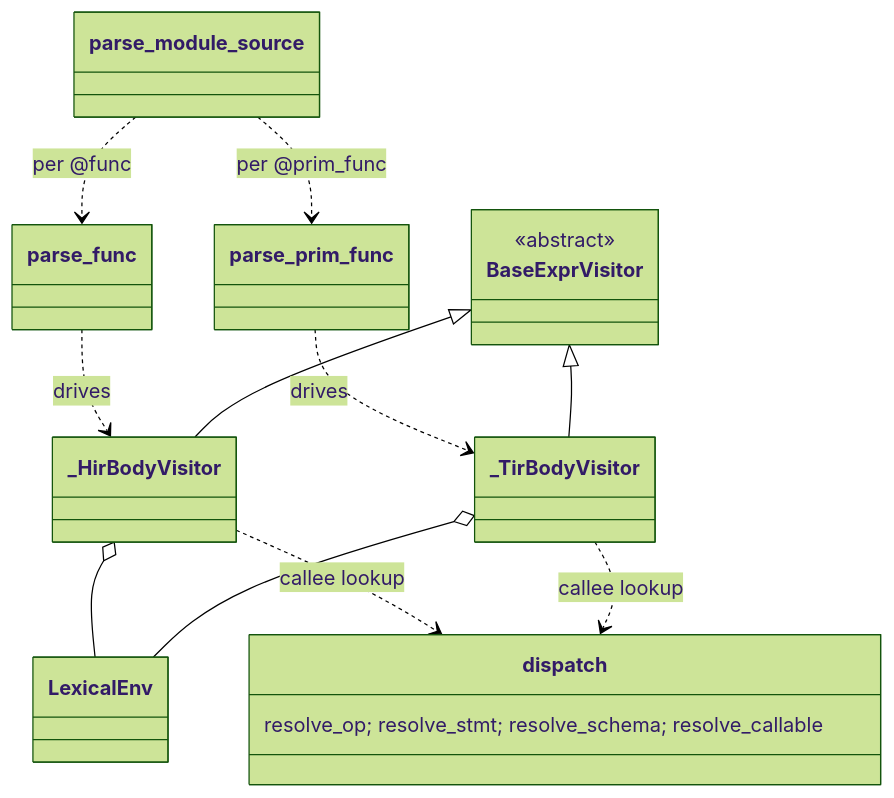
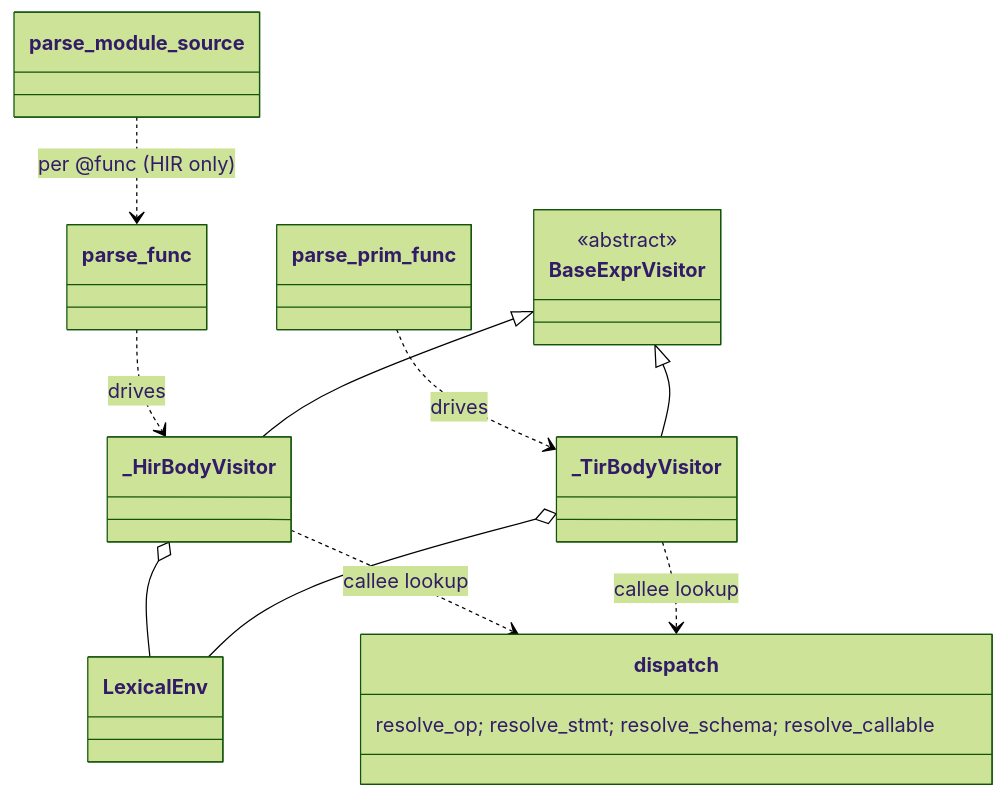
One commit to UranusSeven/TileFoundry changed the second of 2 diagrams in docs/spec/parser.md. Above: the diagram before and after it, drawn with Mermaid (forest theme). The commit also changed other lines of this file and 87 other files, not shown here.

````diff
--- a/docs/spec/parser.md
+++ b/docs/spec/parser.md
@@ -645,22 +676,21 @@
 ```mermaid
 classDiagram
     class parse_func
     class parse_prim_func
     class parse_module_source
     class BaseExprVisitor   { <<abstract>> }
     class _HirBodyVisitor
     class _TirBodyVisitor
     class LexicalEnv
     class dispatch          { resolve_op; resolve_stmt; resolve_schema; resolve_callable }
 
     parse_func ..> _HirBodyVisitor : drives
-    parse_module_source ..> parse_func : per @func
-    parse_module_source ..> parse_prim_func : per @prim_func
+    parse_module_source ..> parse_func : per @func (HIR only)
     parse_prim_func ..> _TirBodyVisitor : drives
     BaseExprVisitor <|-- _HirBodyVisitor
     BaseExprVisitor <|-- _TirBodyVisitor
     _HirBodyVisitor o-- LexicalEnv
     _TirBodyVisitor o-- LexicalEnv
     _HirBodyVisitor ..> dispatch : callee lookup
     _TirBodyVisitor ..> dispatch : callee lookup
 ```
````
